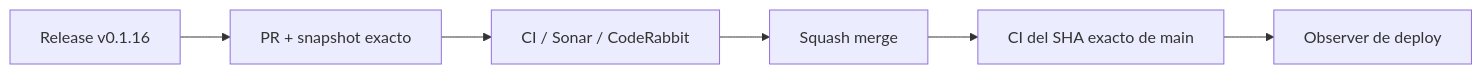
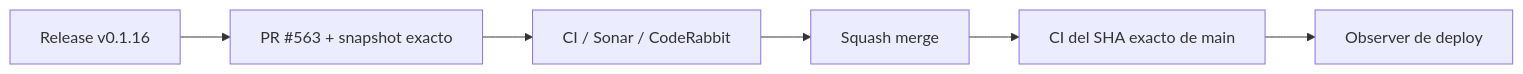
The diagram in README.md (pl0n3r/brvtal), drawn with Mermaid before and after one commit. The commit also changed other lines of this file, not shown here.

````diff
--- a/README.md
+++ b/README.md
@@ -42,8 +42,8 @@
 ```mermaid
 flowchart LR
- A["Release v0.1.16"] --> P["PR + snapshot exacto"]
+ A["Release v0.1.16"] --> P["PR #563 + snapshot exacto"]
  P --> Q["CI / Sonar / CodeRabbit"]
  Q --> M["Squash merge"]
  M --> X["CI del SHA exacto de main"]
  X --> O["Observer de deploy"]
 ```
````
